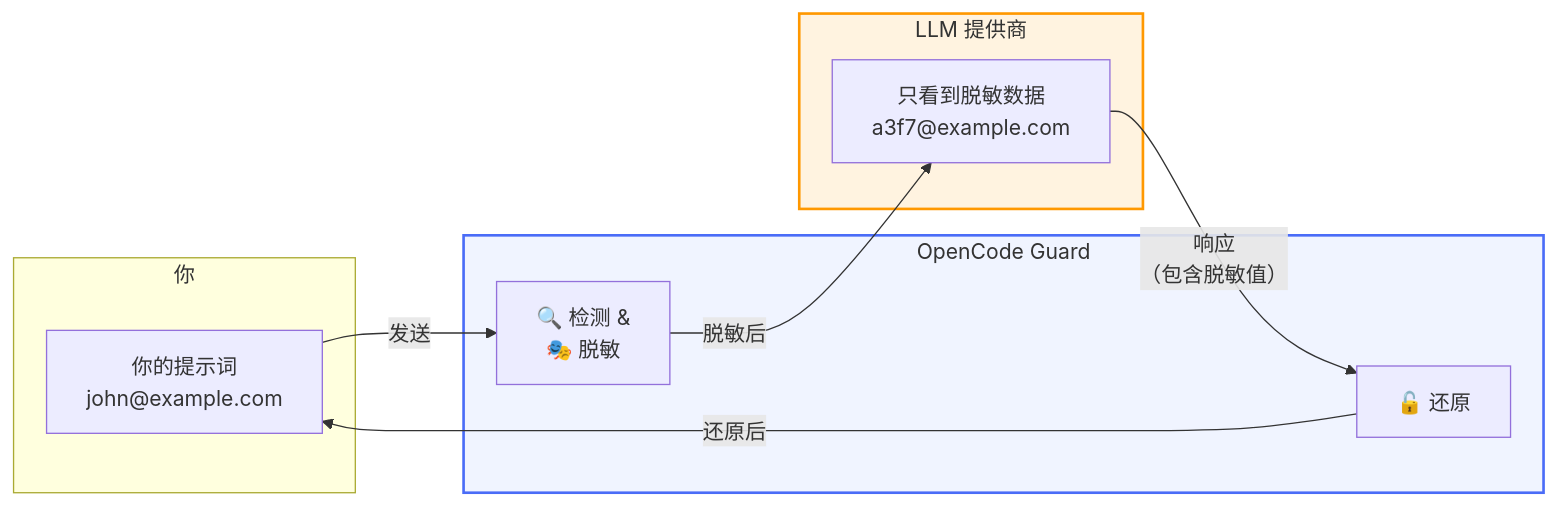
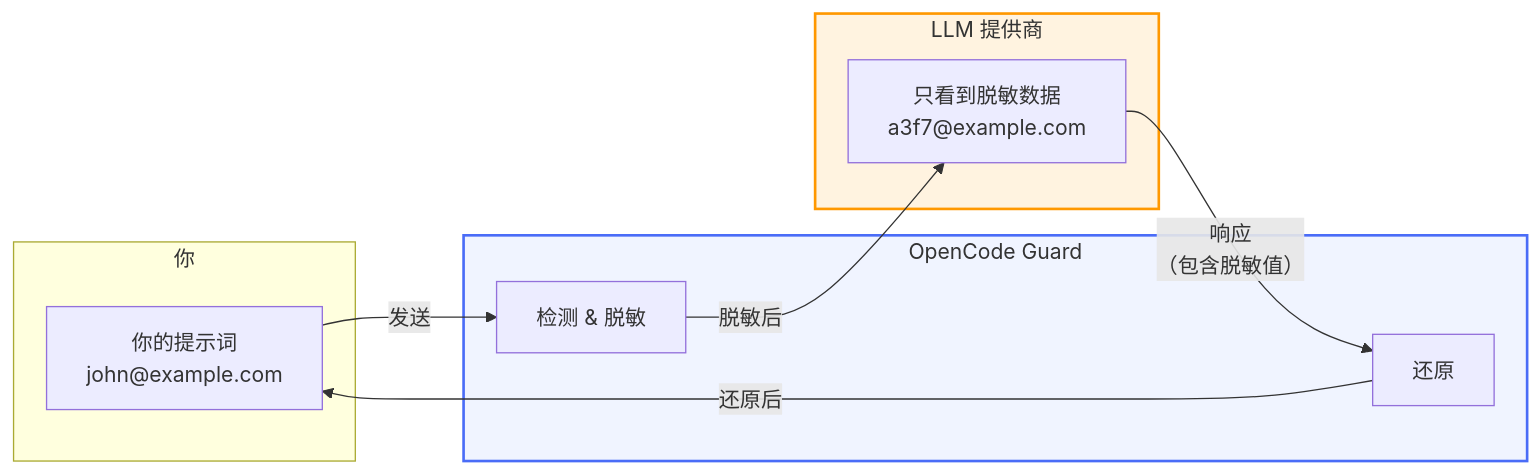
Before and after one commit to SteamedFish/opencode-guard: the diagram in README.zh-CN.md, drawn with Mermaid. The commit also changed 1 other file, not shown here.

Commit message:
fix: use html br tags in Mermaid nodes to avoid unsupported markdown errors

````diff
--- a/README.zh-CN.md
+++ b/README.zh-CN.md
@@ -94,23 +94,23 @@
 ```mermaid
 flowchart LR
     subgraph You["你"]
-        A["你的提示词\njohn@example.com"]
+        A["你的提示词<br/>john@example.com"]
     end
 
     subgraph OG["OpenCode Guard"]
-        B["🔍 检测 &\n🎭 脱敏"]
-        E["🔓 还原"]
+        B["检测 & 脱敏"]
+        E["还原"]
     end
 
     subgraph LLM["LLM 提供商"]
-        C["只看到脱敏数据\na3f7@example.com"]
+        C["只看到脱敏数据<br/>a3f7@example.com"]
     end
 
     A -- "发送" --> B
     B -- "脱敏后" --> C
-    C -- "响应\n（包含脱敏值）" --> E
+    C -- "响应<br/>（包含脱敏值）" --> E
     E -- "还原后" --> A
 
     style OG fill:#f0f4ff,stroke:#4a6cf7,stroke-width:2px
     style LLM fill:#fff3e0,stroke:#ff9800,stroke-width:2px
 ```
````
